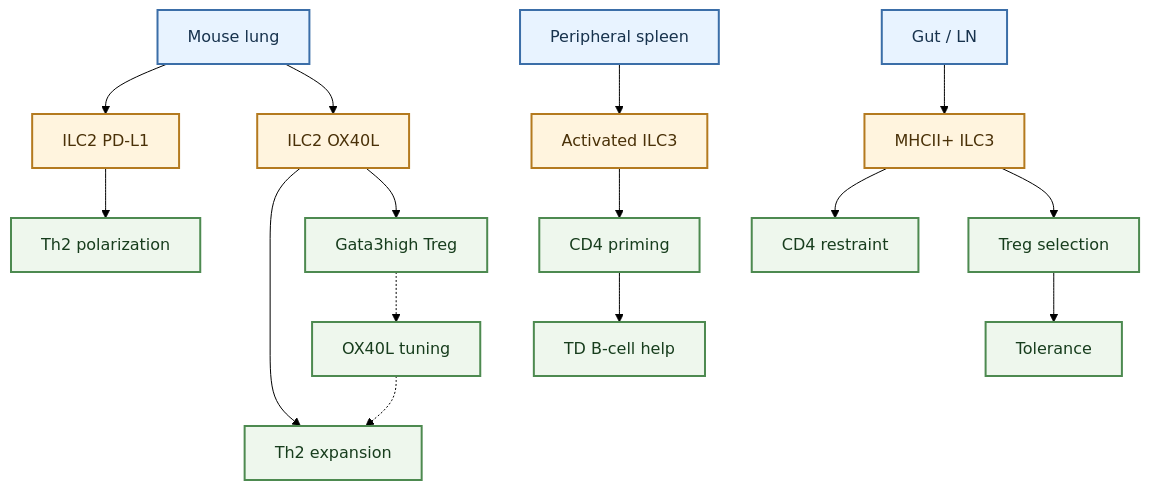
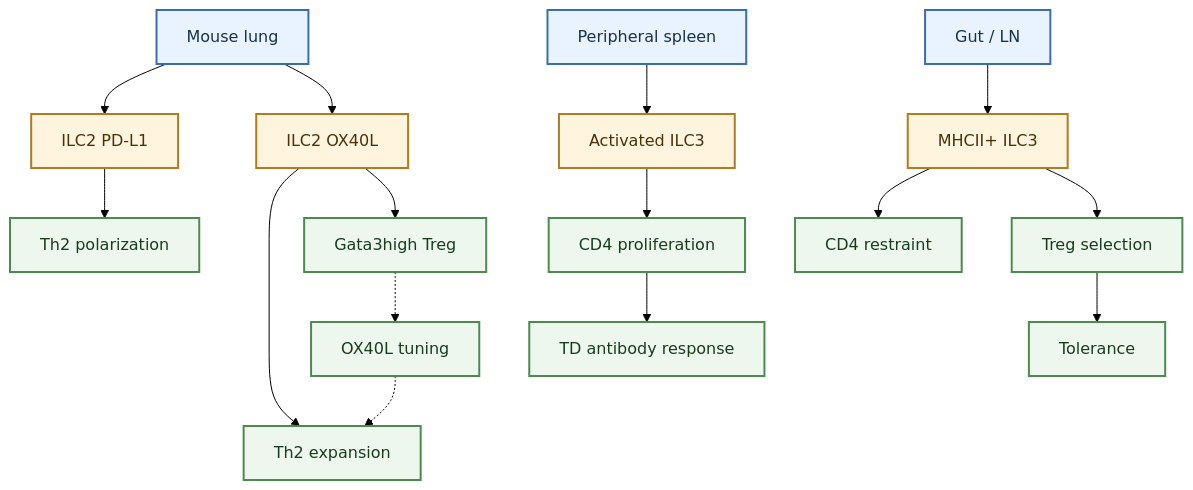
The first of 2 diagrams in wiki/topics/ILC_regulation_of_adaptive_immunity.md (shao1116/ILC-Wiki), drawn with Mermaid (forest theme) before and after one commit. The commit also changed other lines of this file and 15 other files, not shown here.

````diff
--- a/wiki/topics/ILC_regulation_of_adaptive_immunity.md
+++ b/wiki/topics/ILC_regulation_of_adaptive_immunity.md
@@ -116,27 +148,27 @@
 ```mermaid
 flowchart TB
     accTitle: ILC Adaptive Immunity T Cell Map
     accDescr: Compact map of lung ILC2 costimulation and gut ILC3 T-cell tolerance mechanisms.
 
     lung["Mouse lung"] --> pdl1["ILC2 PD-L1"]
     lung --> ilc2["ILC2 OX40L"]
     pdl1 --> th2_pol["Th2 polarization"]
     ilc2 --> th2["Th2 expansion"]
     ilc2 --> treg_lung["Gata3high Treg"]
     treg_lung -.-> ox40l_tune["OX40L tuning"]
     ox40l_tune -.-> th2
     spleen["Peripheral spleen"] --> act_ilc3["Activated ILC3"]
-    act_ilc3 --> priming["CD4 priming"]
-    priming --> td_bcell["TD B-cell help"]
+    act_ilc3 --> cd4_prolif["CD4 proliferation"]
+    cd4_prolif --> td_bcell["TD antibody response"]
     gut["Gut / LN"] --> ilc3_mhcii["MHCII+ ILC3"]
     ilc3_mhcii --> cd4["CD4 restraint"]
     ilc3_mhcii --> treg_gut["Treg selection"]
     treg_gut --> tolerance["Tolerance"]
 
     classDef tissue fill:#e8f3ff,stroke:#3b6ea8,stroke-width:2px,color:#17324d
     classDef ilc fill:#fff4de,stroke:#b47a1f,stroke-width:2px,color:#4a3108
     classDef adaptive fill:#eef7ed,stroke:#4d8a50,stroke-width:2px,color:#173d1d
     class lung,gut,spleen tissue
     class pdl1,ilc2,ilc3_mhcii,act_ilc3 ilc
-    class th2_pol,th2,treg_lung,ox40l_tune,cd4,treg_gut,tolerance,priming,td_bcell adaptive
+    class th2_pol,th2,treg_lung,ox40l_tune,cd4,treg_gut,tolerance,cd4_prolif,td_bcell adaptive
 ```
````
